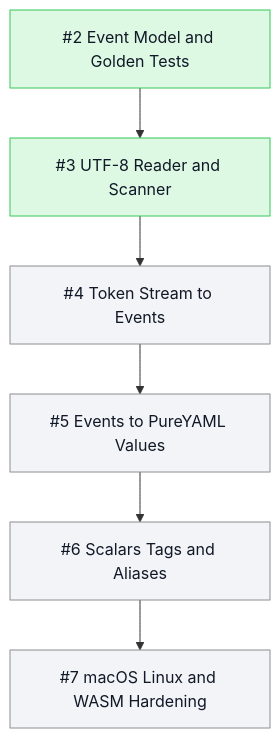
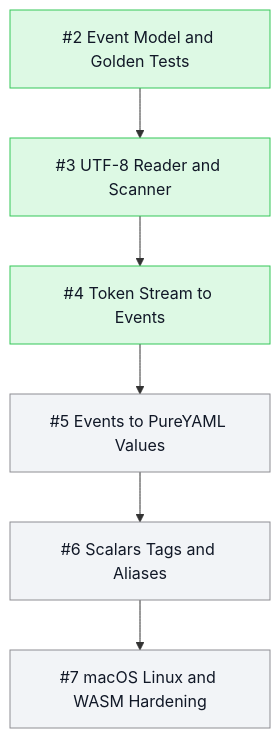
The third of 3 diagrams in README.md (mihaelamj/PureYAML), drawn with Mermaid before and after one commit. The commit also changed other lines of this file and 16 other files, not shown here.

Commit message:
feat(parsing): parse token stream into events

````diff
--- a/README.md
+++ b/README.md
@@ -54,18 +54,18 @@
 ```mermaid
 flowchart TB
   classDef done fill:#ddf9e4,stroke:#34c759,color:#111827
   classDef review fill:#fff7d6,stroke:#ffcc00,color:#111827
   classDef epic fill:#f2e5ff,stroke:#af52de,color:#111827
   classDef todo fill:#f2f4f7,stroke:#8e8e93,color:#111827
   Issue2["#2 Event Model and Golden Tests"]:::done
   Issue3["#3 UTF-8 Reader and Scanner"]:::done
-  Issue4["#4 Token Stream to Events"]:::todo
+  Issue4["#4 Token Stream to Events"]:::done
   Issue5["#5 Events to PureYAML Values"]:::todo
   Issue6["#6 Scalars Tags and Aliases"]:::todo
   Issue7["#7 macOS Linux and WASM Hardening"]:::todo
   Issue2 --> Issue3
   Issue3 --> Issue4
   Issue4 --> Issue5
   Issue5 --> Issue6
   Issue6 --> Issue7
 ```
````
